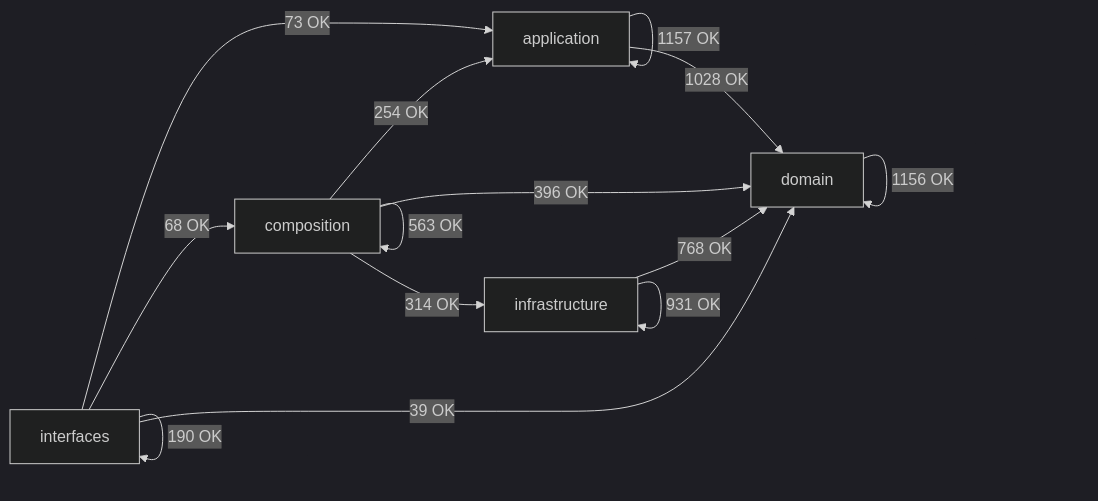
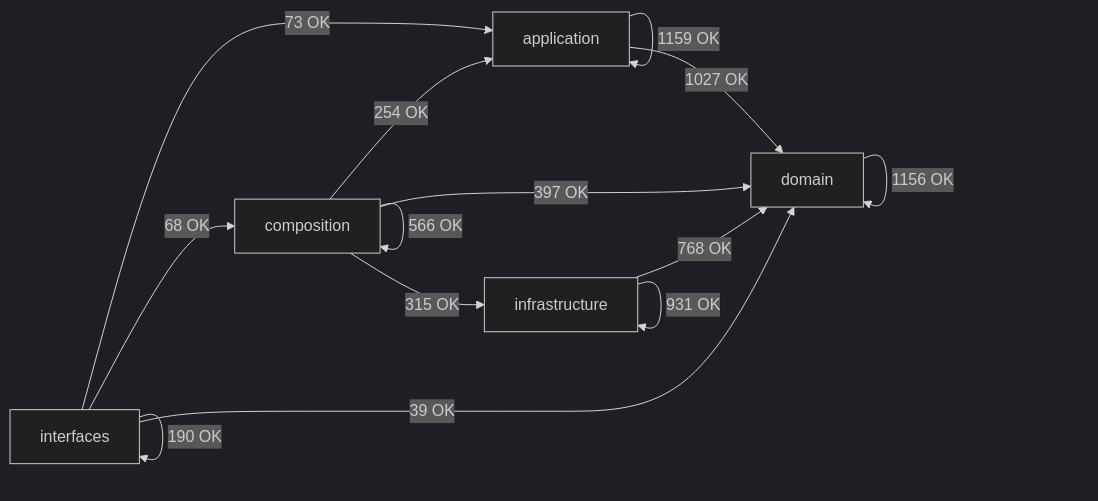
Before and after one commit to SatoryKono/BioactivityDataAcquisition: the diagram in docs/02-architecture/generated/module-dependency-map.md, drawn with Mermaid (dark theme). The commit also changed other lines of this file and 48 other files, not shown here.

````diff
--- a/docs/02-architecture/generated/module-dependency-map.md
+++ b/docs/02-architecture/generated/module-dependency-map.md
@@ -17,21 +17,21 @@
 ```mermaid
 flowchart LR
     domain[domain]
     application[application]
     infrastructure[infrastructure]
     composition[composition]
     interfaces[interfaces]
-    application -->|1157 OK| application
-    application -->|1028 OK| domain
+    application -->|1159 OK| application
+    application -->|1027 OK| domain
     composition -->|254 OK| application
-    composition -->|563 OK| composition
-    composition -->|396 OK| domain
-    composition -->|314 OK| infrastructure
+    composition -->|566 OK| composition
+    composition -->|397 OK| domain
+    composition -->|315 OK| infrastructure
     domain -->|1156 OK| domain
     infrastructure -->|768 OK| domain
     infrastructure -->|931 OK| infrastructure
     interfaces -->|73 OK| application
     interfaces -->|68 OK| composition
     interfaces -->|39 OK| domain
     interfaces -->|190 OK| interfaces
 ```
````
